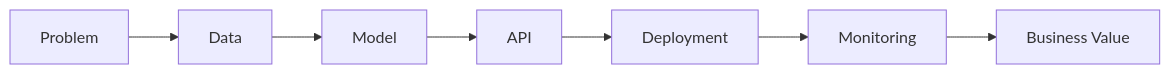
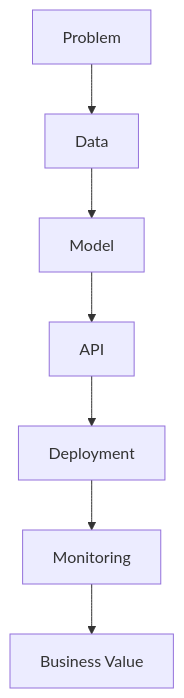
Before and after one commit to Daniil-Horobets/Daniil-Horobets: the diagram in README.md, drawn with Mermaid. The commit also changed other lines of this file, not shown here.

````diff
--- a/README.md
+++ b/README.md
@@ -63,9 +89,9 @@
 ```mermaid
-flowchart LR
+flowchart TD
     A[Problem] --> B[Data]
     B --> C[Model]
     C --> D[API]
     D --> E[Deployment]
     E --> F[Monitoring]
     F --> G[Business Value]
 ```
````
